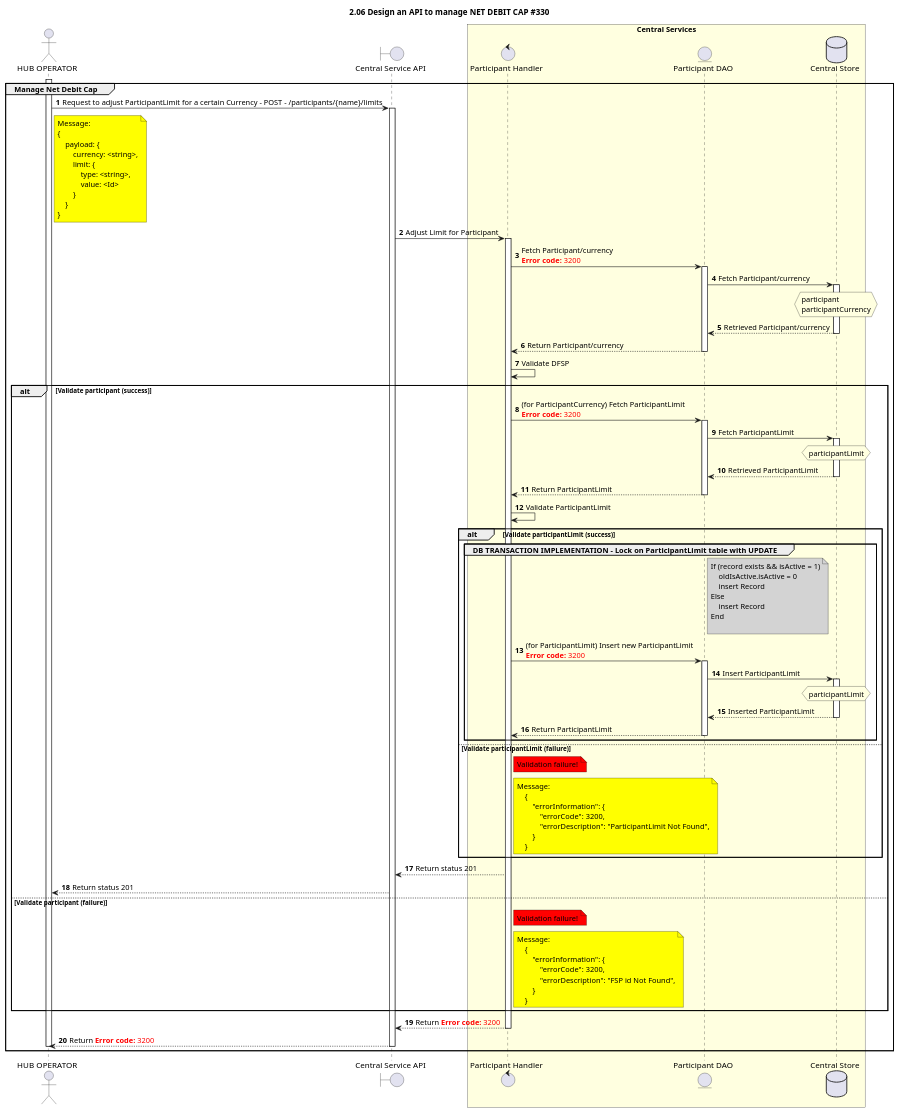
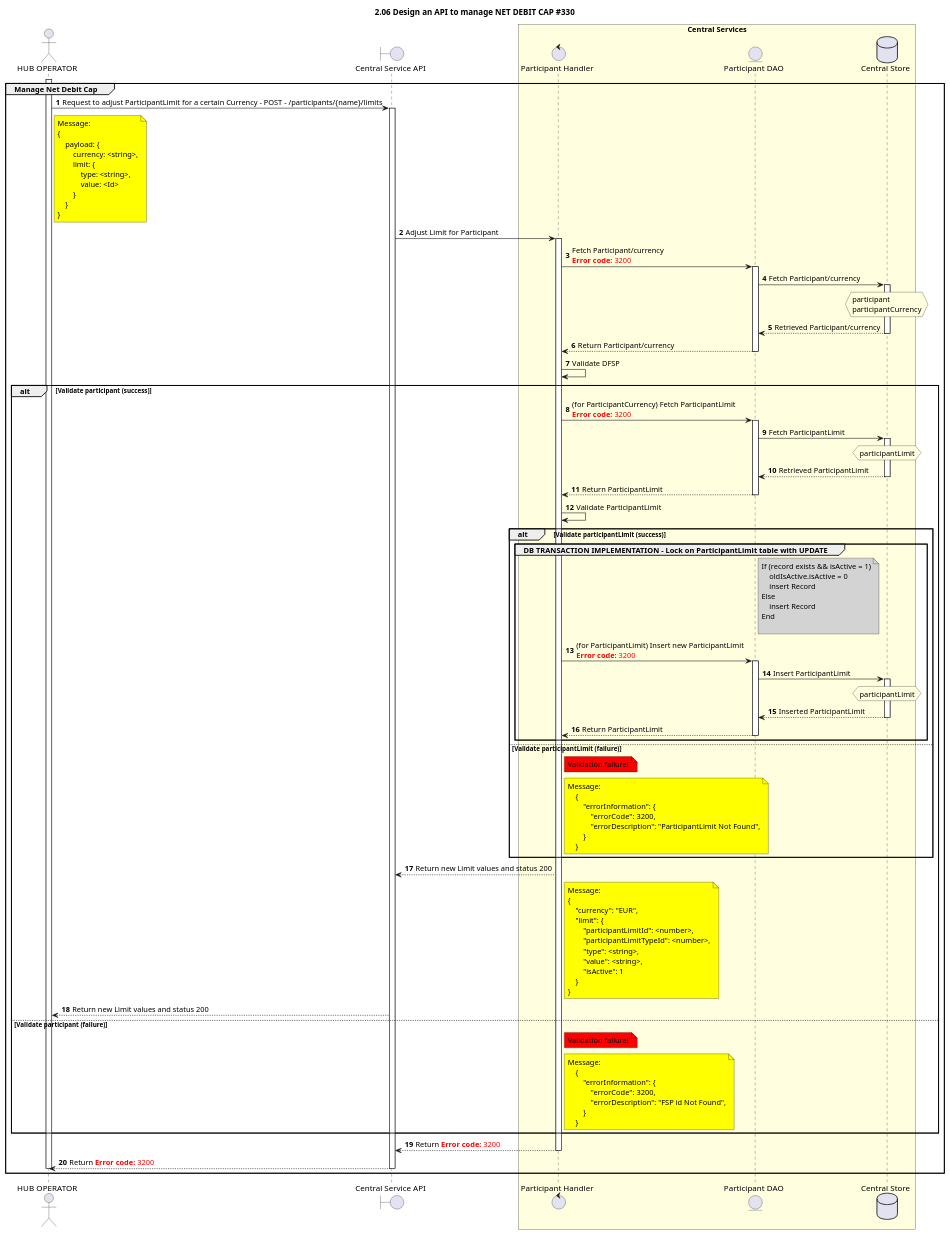
One commit to almatari1/docs-1 changed the diagram in CentralServices/seq_diagrams/participant/seq-manage-participant-limit-1.1.0.plantuml. Above: the diagram before and after it, drawn with PlantUML. The commit also changed 1 other file, not shown here.

Commit message:
added the return object for post

```diff
--- a/CentralServices/seq_diagrams/participant/seq-manage-participant-limit-1.1.0.plantuml
+++ b/CentralServices/seq_diagrams/participant/seq-manage-participant-limit-1.1.0.plantuml
@@ -1,136 +1,149 @@
 @startuml
 ' declare title
 title 2.06 Design an API to manage NET DEBIT CAP #330
 
 autonumber
 
 ' declare actors
 actor "HUB OPERATOR" as OPERATOR
 boundary "Central Service API" as CSAPI
 control "Participant Handler" as PARTICIPANT_HANDLER
 entity "Central Service API" as CSAPI
 entity "Participant DAO" as PARTICIPANT_DAO
 database "Central Store" as DB
 
 box "Central Services" #LightYellow
 participant PARTICIPANT_HANDLER
 participant PARTICIPANT_DAO
 participant DB
 end box
 
 ' start flow
 
 activate OPERATOR
 group Manage Net Debit Cap
     OPERATOR -> CSAPI: Request to adjust ParticipantLimit for a certain Currency - POST - /participants/{name}/limits
     note right of OPERATOR #yellow
         Message:
         {
             payload: {
                 currency: <string>,
                 limit: {
                     type: <string>,
                     value: <Id>
                 }
             }
         }
     end note
 
     activate CSAPI
     CSAPI -> PARTICIPANT_HANDLER: Adjust Limit for Participant
     activate PARTICIPANT_HANDLER
     PARTICIPANT_HANDLER ->PARTICIPANT_DAO: Fetch Participant/currency \n<color #FF0000><b>Error code:</b> 3200</color>
     activate PARTICIPANT_DAO
     PARTICIPANT_DAO -> DB: Fetch Participant/currency
     activate DB
     hnote over DB #lightyellow
         participant
         participantCurrency
     end note
     DB --> PARTICIPANT_DAO: Retrieved Participant/currency
     deactivate DB
     PARTICIPANT_DAO --> PARTICIPANT_HANDLER: Return Participant/currency
     deactivate PARTICIPANT_DAO
     PARTICIPANT_HANDLER -> PARTICIPANT_HANDLER: Validate DFSP
     alt Validate participant (success)
                 PARTICIPANT_HANDLER ->PARTICIPANT_DAO:  (for ParticipantCurrency) Fetch ParticipantLimit \n<color #FF0000><b>Error code:</b> 3200</color>
                 activate PARTICIPANT_DAO
                 PARTICIPANT_DAO -> DB: Fetch ParticipantLimit
                 activate DB
                 hnote over DB #lightyellow
                     participantLimit
                 end note
                 DB --> PARTICIPANT_DAO: Retrieved ParticipantLimit
                 deactivate DB
                 PARTICIPANT_DAO --> PARTICIPANT_HANDLER: Return ParticipantLimit
                 deactivate PARTICIPANT_DAO
                 PARTICIPANT_HANDLER -> PARTICIPANT_HANDLER: Validate ParticipantLimit
                 alt Validate participantLimit (success)
                     Group DB TRANSACTION IMPLEMENTATION - Lock on ParticipantLimit table with UPDATE
                     note right of PARTICIPANT_DAO #lightgrey
                         If (record exists && isActive = 1)
                             oldIsActive.isActive = 0
                             insert Record
                         Else
                             insert Record
                         End
 
                     end note
 
                     PARTICIPANT_HANDLER ->PARTICIPANT_DAO:  (for ParticipantLimit) Insert new ParticipantLimit \n<color #FF0000><b>Error code:</b> 3200</color>
 
                     activate PARTICIPANT_DAO
 
                     PARTICIPANT_DAO -> DB: Insert ParticipantLimit
                     activate DB
                     hnote over DB #lightyellow
                         participantLimit
                     end note
                     DB --> PARTICIPANT_DAO: Inserted ParticipantLimit
                     deactivate DB
                     PARTICIPANT_DAO --> PARTICIPANT_HANDLER: Return ParticipantLimit
 
 
                     deactivate PARTICIPANT_DAO
             ' Release Lock on ParticipantLimit table
                 End
 
          else Validate participantLimit (failure)
                     note right of PARTICIPANT_HANDLER #red: Validation failure!
 
                     note right of PARTICIPANT_HANDLER #yellow
                         Message:
                             {
                                 "errorInformation": {
                                     "errorCode": 3200,
                                     "errorDescription": "ParticipantLimit Not Found",
                                 }
                             }
                     end note
                 end
-            PARTICIPANT_HANDLER --> CSAPI: Return status 201
-            CSAPI --> OPERATOR: Return status 201
+            PARTICIPANT_HANDLER --> CSAPI: Return new Limit values and status 200
+                note right of PARTICIPANT_HANDLER #yellow
+                    Message:
+                    {
+                        "currency": "EUR",
+                        "limit": {
+                            "participantLimitId": <number>,
+                            "participantLimitTypeId": <number>,
+                            "type": <string>,
+                            "value": <string>,
+                            "isActive": 1
+                        }
+                    }
+                end note
+            CSAPI --> OPERATOR: Return new Limit values and status 200
 
     else Validate participant (failure)
         note right of PARTICIPANT_HANDLER #red: Validation failure!
 
         note right of PARTICIPANT_HANDLER #yellow
             Message:
                 {
                     "errorInformation": {
                         "errorCode": 3200,
                         "errorDescription": "FSP id Not Found",
                     }
                 }
         end note
 
     end
         PARTICIPANT_HANDLER -->CSAPI: Return <color #FF0000><b>Error code:</b> 3200</color>
         deactivate PARTICIPANT_HANDLER
         CSAPI -->OPERATOR: Return <color #FF0000><b>Error code:</b> 3200</color>
 
     deactivate PARTICIPANT_HANDLER
     deactivate CSAPI
     deactivate OPERATOR
 end
 @enduml
```
